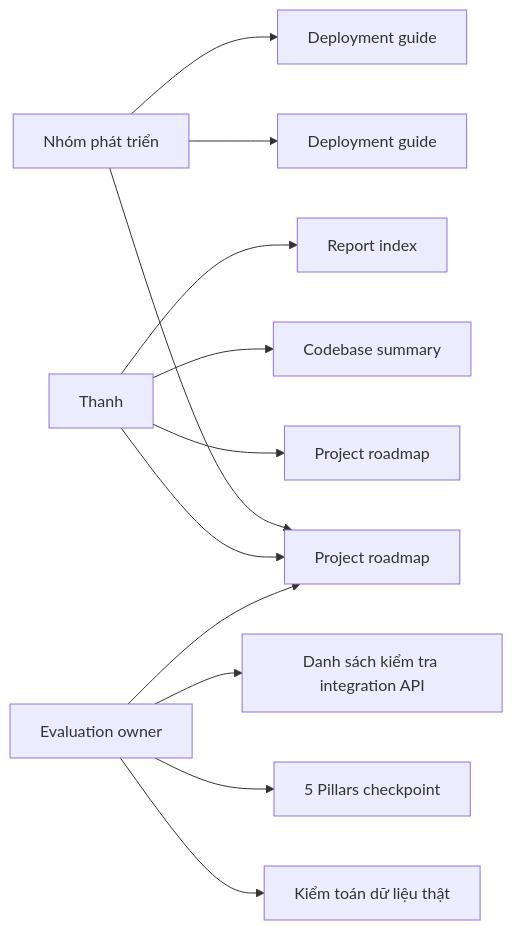
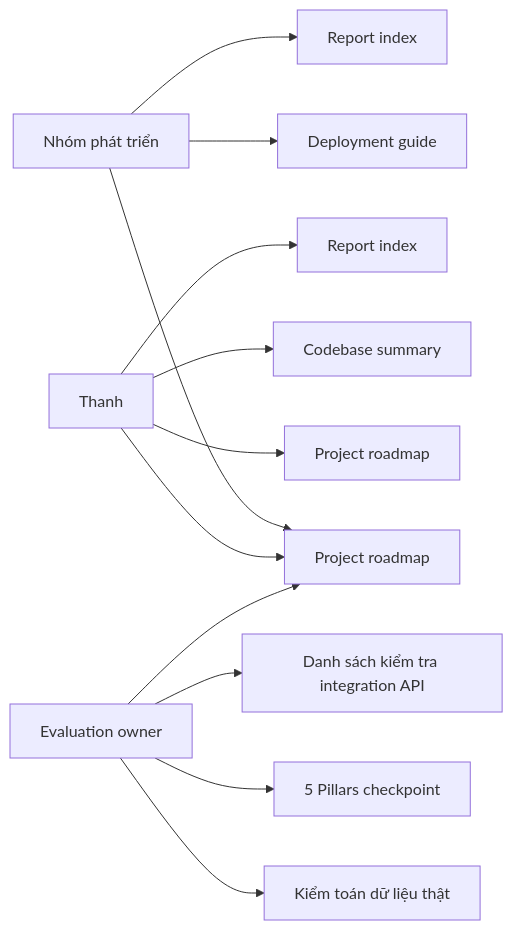
Before and after one commit to uit-25730067-chithanh/AI002-Team22-DT10: the second of 2 diagrams in docs/README.md, drawn with Mermaid. The commit also changed other lines of this file and 3 other files, not shown here.

````diff
--- a/docs/README.md
+++ b/docs/README.md
@@ -52,16 +49,16 @@
 ```mermaid
 flowchart LR
     A[Nhóm phát triển] --> B[Project roadmap]
     A --> C[Deployment guide]
-    A --> D[Deployment guide]
+    A --> D[Report index]
 
     E[Thanh] --> B
     E --> F[Project roadmap]
     E --> G[Codebase summary]
     E --> L[Report index]
 
     H[Evaluation owner] --> B
     H --> I[Kiểm toán dữ liệu thật]
     H --> J[5 Pillars checkpoint]
     H --> K[Danh sách kiểm tra integration API]
 ```
````
